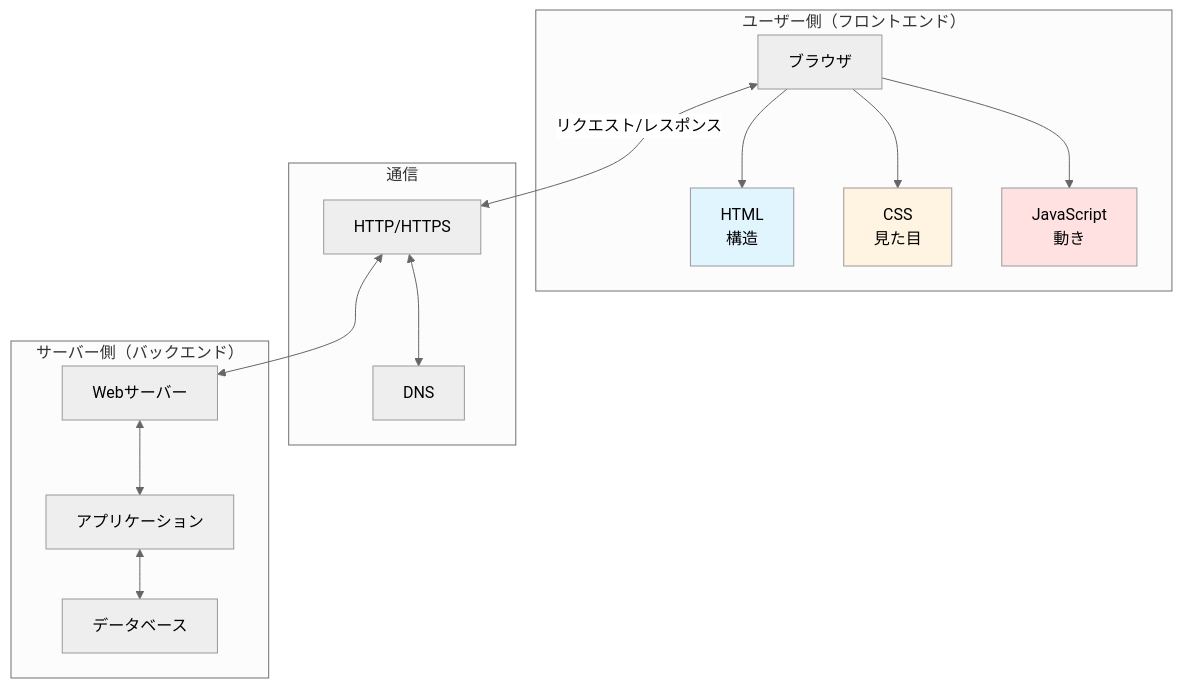
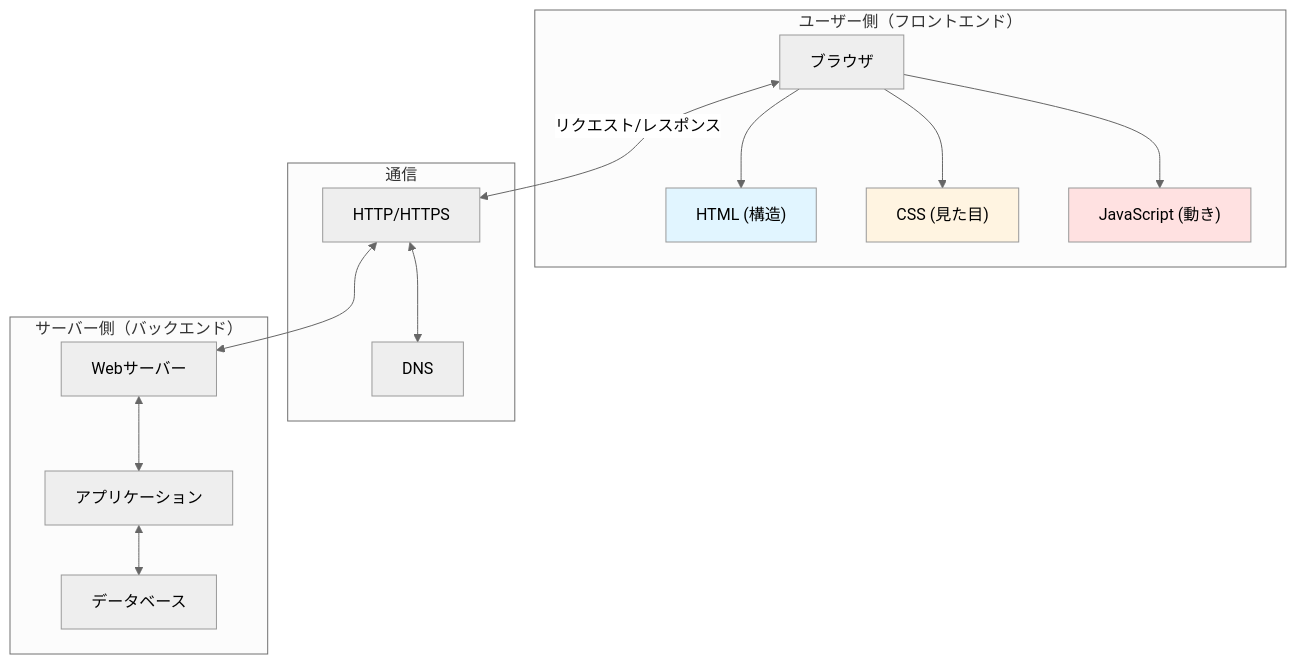
Before and after one commit to shuhei0720/keion-circle-site: the second of 15 diagrams in docs/textbook/02-Web開発の基礎知識.md, drawn with Mermaid (neutral theme). The commit also changed other lines of this file, not shown here.

First line of the commit message:
🐛 mermaid図のエラー修正とコード説明を大幅強化

````diff
--- a/docs/textbook/02-Web開発の基礎知識.md
+++ b/docs/textbook/02-Web開発の基礎知識.md
@@ -67,33 +67,33 @@
 ```mermaid
 graph TB
     subgraph "ユーザー側（フロントエンド）"
         A[ブラウザ]
-        B[HTML<br/>構造]
-        C[CSS<br/>見た目]
-        D[JavaScript<br/>動き]
+        B["HTML (構造)"]
+        C["CSS (見た目)"]
+        D["JavaScript (動き)"]
     end
     
     subgraph "通信"
         E[HTTP/HTTPS]
         F[DNS]
     end
     
     subgraph "サーバー側（バックエンド）"
         G[Webサーバー]
         H[アプリケーション]
         I[データベース]
     end
     
     A --> B
     A --> C
     A --> D
     A <-->|リクエスト/レスポンス| E
     E <--> F
     E <--> G
     G <--> H
     H <--> I
     
     style B fill:#e1f5ff
     style C fill:#fff4e1
     style D fill:#ffe1e1
 ```
````
